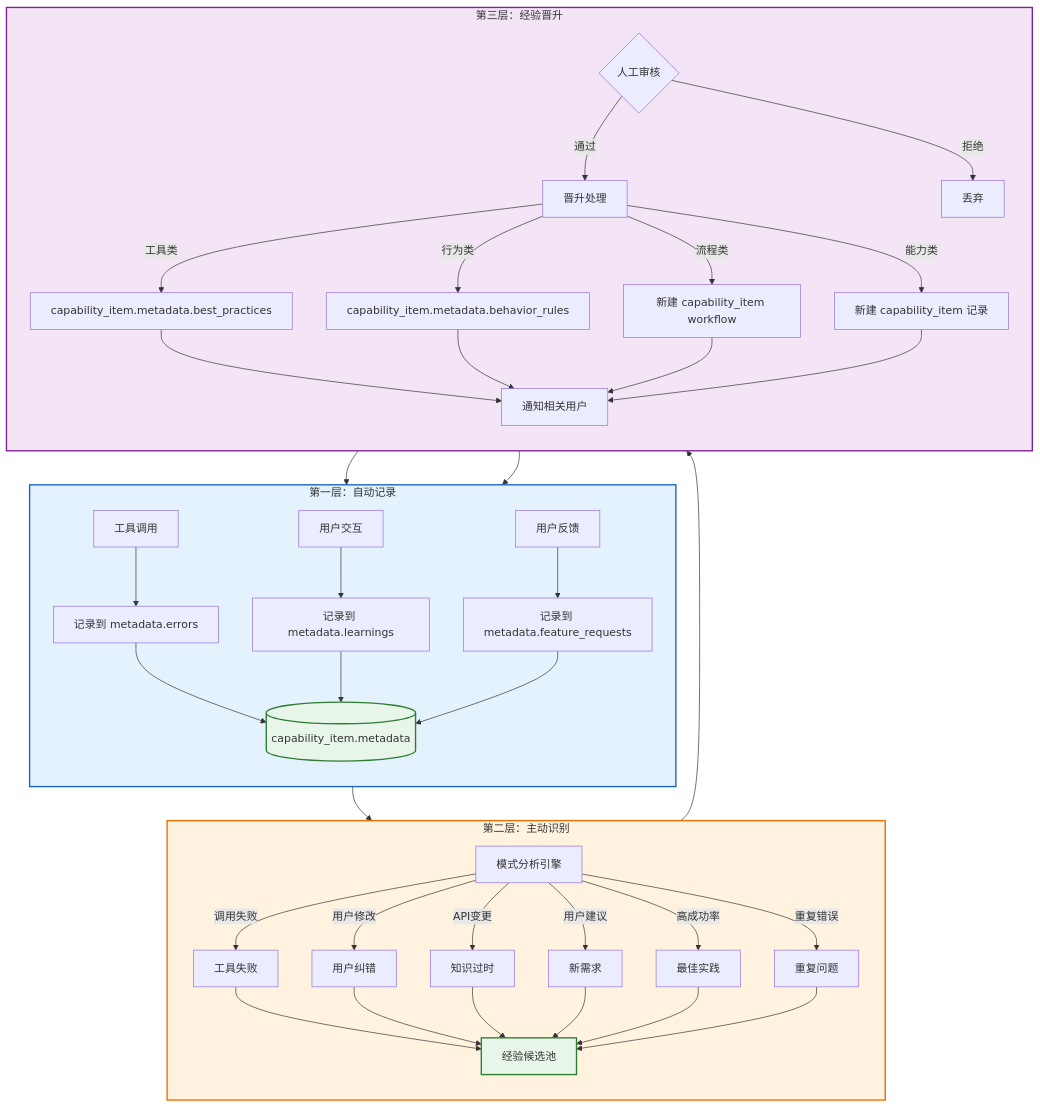
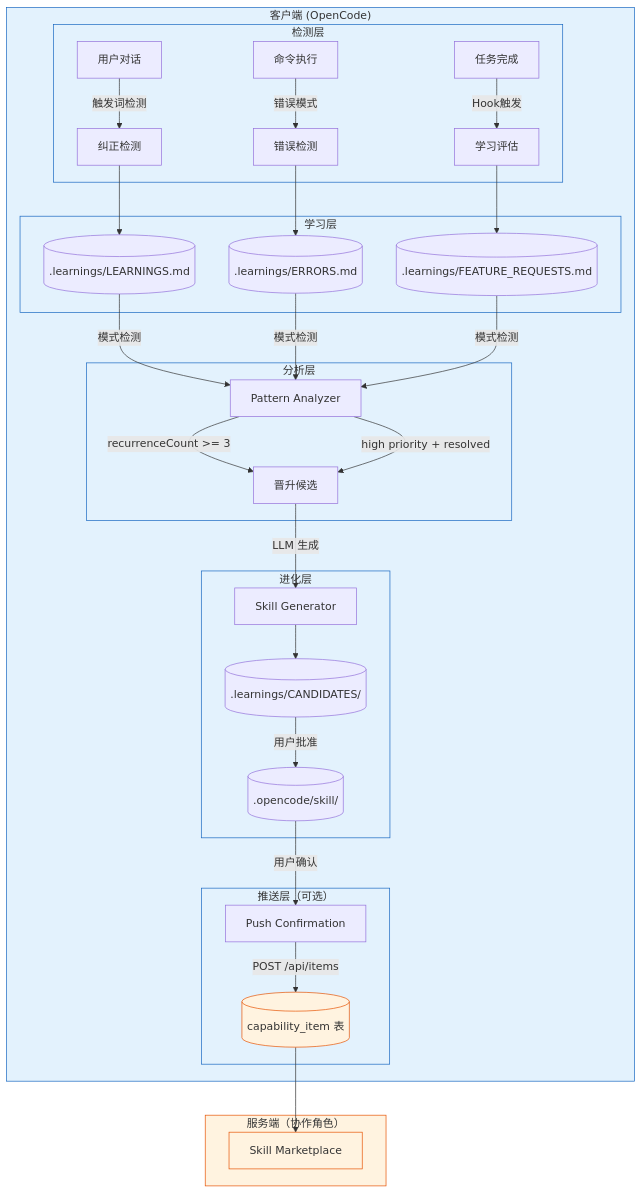
One commit to XDfield/costrict-web changed the fourth of 5 diagrams in docs/SKILL_GEN_AND_RECOMMENDATION.md. Above: the diagram before and after it, drawn with Mermaid. The commit also changed other lines of this file and 16 other files, not shown here.

First line of the commit message:
refactor(evolution): replace server-side experience system with client-first evolution architecture

````diff
--- a/docs/SKILL_GEN_AND_RECOMMENDATION.md
+++ b/docs/SKILL_GEN_AND_RECOMMENDATION.md
@@ -577,60 +584,44 @@
 ```mermaid
-flowchart TB
-    subgraph L1[第一层：自动记录]
-        direction TB
-        A1[工具调用] --> R1[记录到 metadata.errors]
-        A2[用户交互] --> R2[记录到 metadata.learnings]
-        A3[用户反馈] --> R3[记录到 metadata.feature_requests]
+flowchart TD
+    subgraph CLIENT["客户端 (OpenCode)"]
+        subgraph DETECT["检测层"]
+            A1[用户对话] -->|触发词检测| D1[纠正检测]
+            A2[命令执行] -->|错误模式| D2[错误检测]
+            A3[任务完成] -->|Hook触发| D3[学习评估]
+        end
 
-        R1 --> STORE1[(capability_item.metadata)]
-        R2 --> STORE1
-        R3 --> STORE1
+        subgraph LEARN["学习层"]
+            D1 --> L1[(.learnings/LEARNINGS.md)]
+            D2 --> L2[(.learnings/ERRORS.md)]
+            D3 --> L3[(.learnings/FEATURE_REQUESTS.md)]
+        end
+
+        subgraph ANALYZE["分析层"]
+            L1 & L2 & L3 -->|模式检测| AN[Pattern Analyzer]
+            AN -->|recurrenceCount >= 3| C1[晋升候选]
+            AN -->|high priority + resolved| C1
+        end
+
+        subgraph EVOLVE["进化层"]
+            C1 -->|LLM 生成| SG[Skill Generator]
+            SG --> CD[(.learnings/CANDIDATES/)]
+            CD -->|用户批准| SK[(.opencode/skill/)]
+        end
+
+        subgraph PUSH["推送层（可选）"]
+            SK -->|用户确认| PB[Push Confirmation]
+            PB -->|POST /api/items| SVR
+        end
     end
 
-    subgraph L2[第二层：主动识别]
-        direction TB
-        STORE1 --> ANALYZE[模式分析引擎]
-
-        ANALYZE -->|调用失败| ID1[工具失败]
-        ANALYZE -->|用户修改| ID2[用户纠错]
-        ANALYZE -->|API变更| ID3[知识过时]
-        ANALYZE -->|用户建议| ID4[新需求]
-        ANALYZE -->|高成功率| ID5[最佳实践]
-        ANALYZE -->|重复错误| ID6[重复问题]
-
-        ID1 & ID2 & ID3 & ID4 & ID5 & ID6 --> CANDIDATE[经验候选池]
+    subgraph SERVER["服务端（协作角色）"]
+        SVR[(capability_item 表)]
+        SVR --> MKT[Skill Marketplace]
     end
 
-    subgraph L3[第三层：经验晋升]
-        direction TB
-        CANDIDATE --> REVIEW{人工审核}
+    classDef clientStyle fill:#e3f2fd,stroke:#1565c0
+    classDef serverStyle fill:#fff3e0,stroke:#e65100
 
-        REVIEW -->|通过| PROMOTE[晋升处理]
-        REVIEW -->|拒绝| DISCARD[丢弃]
-
-        PROMOTE -->|工具类| P1[capability_item.metadata.best_practices]
-        PROMOTE -->|行为类| P2[capability_item.metadata.behavior_rules]
-        PROMOTE -->|流程类| P3[新建 capability_item workflow]
-        PROMOTE -->|能力类| P4[新建 capability_item 记录]
-
-        P1 --> NOTIFY[通知相关用户]
-        P2 --> NOTIFY
-        P3 --> NOTIFY
-        P4 --> NOTIFY
-    end
-
-    %% 循环反馈
-    NOTIFY --> A1
-    NOTIFY --> A2
-
-    %% 样式定义
-    classDef layer1Style fill:#e3f2fd,stroke:#1565c0,stroke-width:2px
-    classDef layer2Style fill:#fff3e0,stroke:#ef6c00,stroke-width:2px
-    classDef layer3Style fill:#f3e5f5,stroke:#7b1fa2,stroke-width:2px
-    classDef storeStyle fill:#e8f5e9,stroke:#2e7d32,stroke-width:2px
-
-    class L1 layer1Style
-    class L2 layer2Style
-    class L3 layer3Style
-    class STORE1,CANDIDATE storeStyle
+    class CLIENT,DETECT,LEARN,ANALYZE,EVOLVE,PUSH clientStyle
+    class SERVER,SVR,MKT serverStyle
 ```
````
